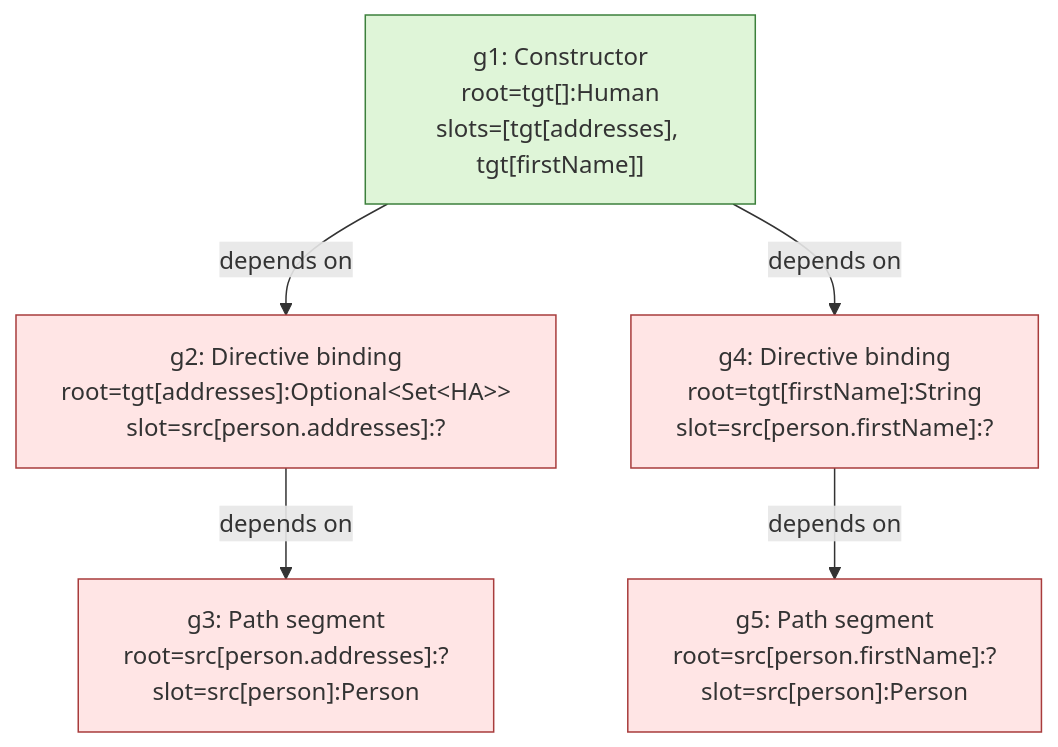
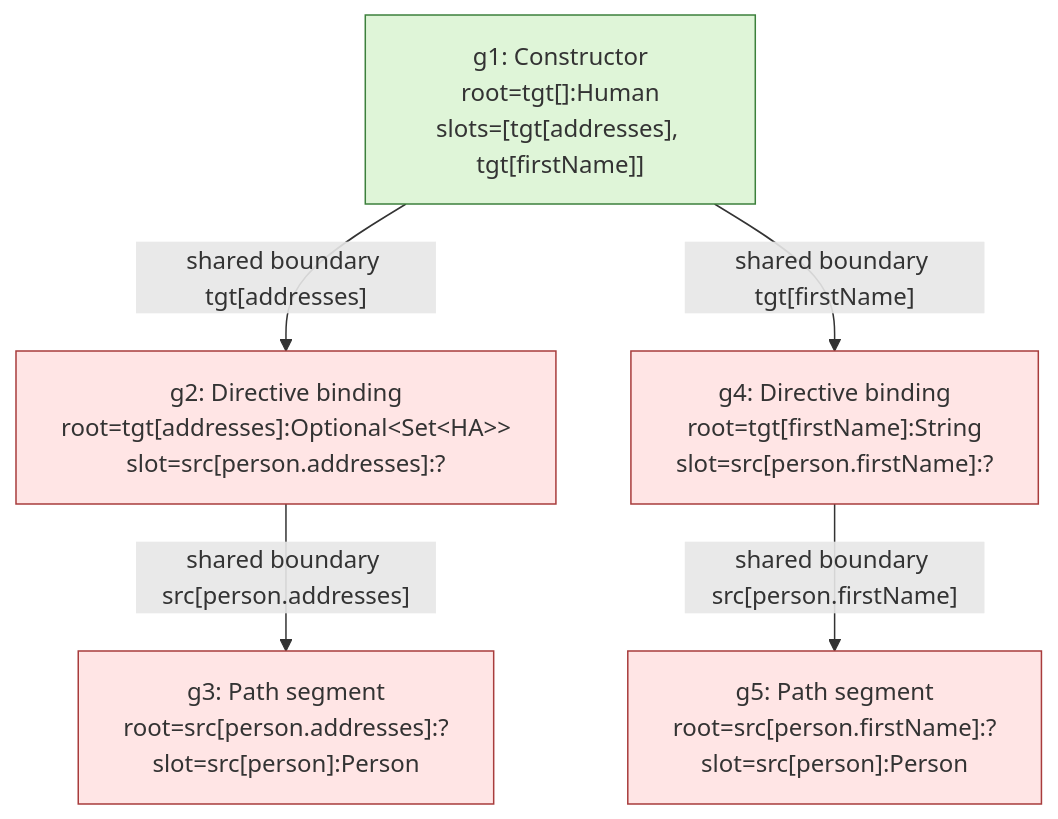
One commit to joke/percolate changed the diagram in openspec/changes/subgraph-scoped-expansion/design.md. Above: the diagram before and after it, drawn with Mermaid. The commit also changed other lines of this file and 3 other files, not shown here.

````diff
--- a/openspec/changes/subgraph-scoped-expansion/design.md
+++ b/openspec/changes/subgraph-scoped-expansion/design.md
@@ -119,18 +129,18 @@
 ```mermaid
 flowchart TD
     g1["g1: Constructor<br>root=tgt[]:Human<br>slots=[tgt[addresses], tgt[firstName]]"]
     g2["g2: Directive binding<br>root=tgt[addresses]:Optional&lt;Set&lt;HA&gt;&gt;<br>slot=src[person.addresses]:?"]
     g3["g3: Path segment<br>root=src[person.addresses]:?<br>slot=src[person]:Person"]
     g4["g4: Directive binding<br>root=tgt[firstName]:String<br>slot=src[person.firstName]:?"]
     g5["g5: Path segment<br>root=src[person.firstName]:?<br>slot=src[person]:Person"]
 
-    g1 -- depends on --> g2
-    g1 -- depends on --> g4
-    g2 -- depends on --> g3
-    g4 -- depends on --> g5
+    g1 -- shared boundary tgt[addresses] --> g2
+    g1 -- shared boundary tgt[firstName] --> g4
+    g2 -- shared boundary src[person.addresses] --> g3
+    g4 -- shared boundary src[person.firstName] --> g5
 
     classDef seed fill:#ffe5e5,stroke:#a83c3c
     classDef ctor fill:#dff5d8,stroke:#3c803c
     class g1 ctor
     class g2,g3,g4,g5 seed
 ```
````
